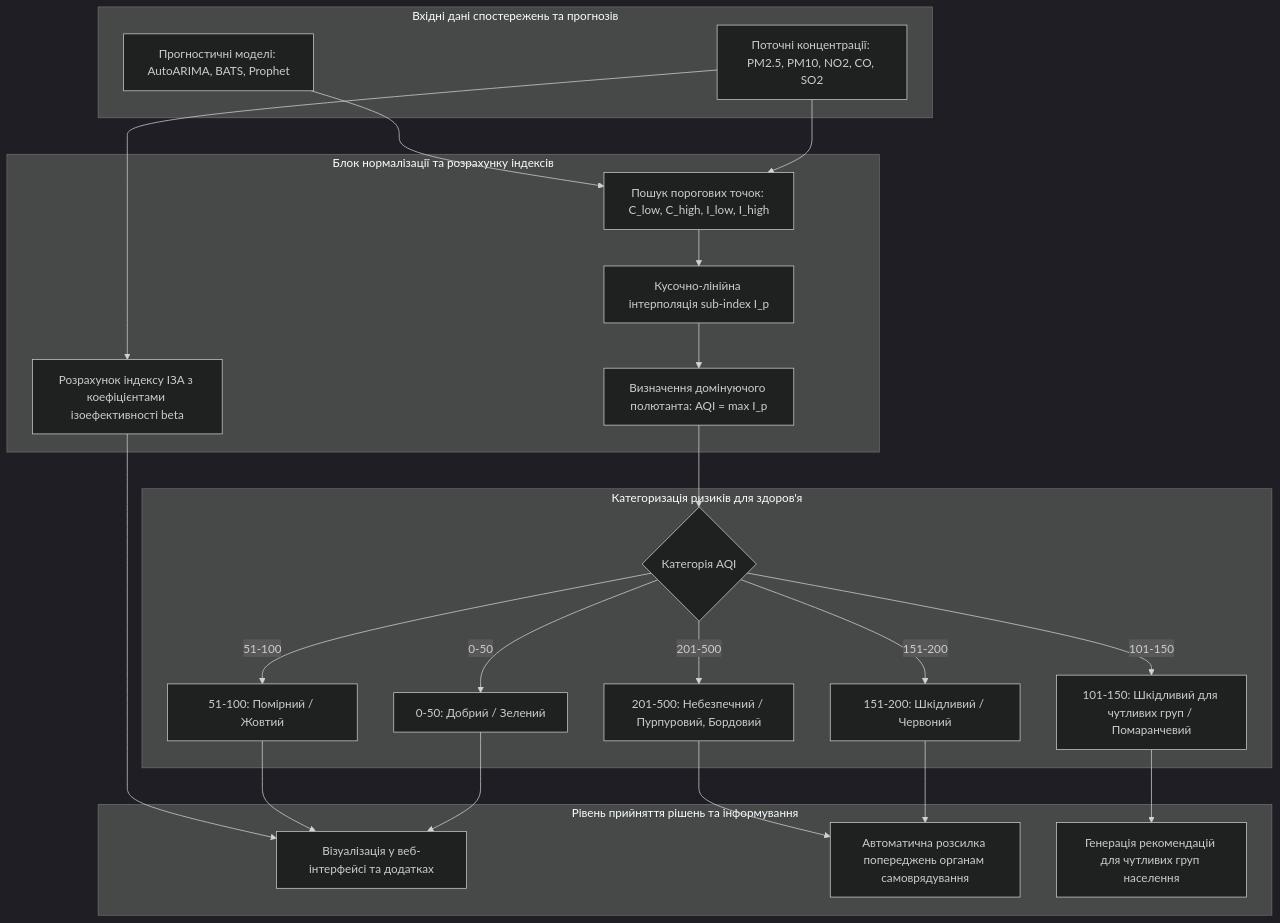
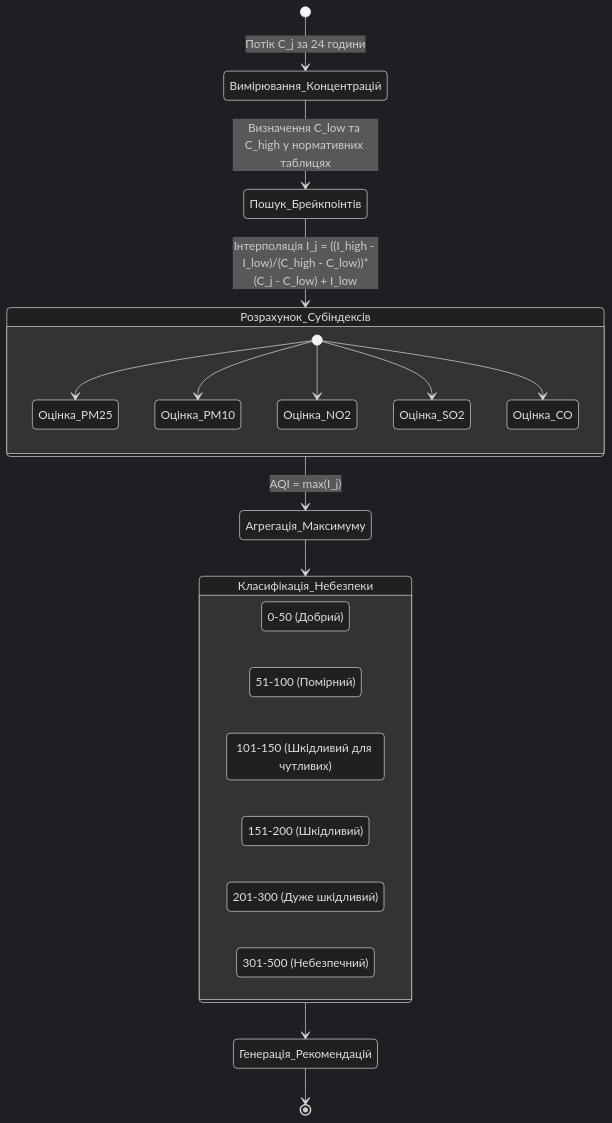
Before and after one commit to KyryloVadurin/eco-systems-analytics: the second of 4 diagrams in docs/lk/lk9.md, drawn with Mermaid (dark theme). The commit also changed other lines of this file and 9 other files, not shown here.

````diff
--- a/docs/lk/lk9.md
+++ b/docs/lk/lk9.md
@@ -102,49 +91,30 @@
 ```mermaid
-flowchart TD
-    subgraph Input_Telemetry [Вхідні дані спостережень та прогнозів]
-        Sensors_Raw[Поточні концентрації: PM2.5, PM10, NO2, CO, SO2]
-        TimeSeries_Forecast[Прогностичні моделі: AutoARIMA, BATS, Prophet]
-    end
-
-    subgraph Normalization_and_Indexing [Блок нормалізації та розрахунку індексів]
-        Breakpoints_Lookup[Пошук порогових точок: C_low, C_high, I_low, I_high]
-        AQI_Sub_Calc[Кусочно-лінійна інтерполяція sub-index I_p]
-        AQI_Max[Визначення домінуючого полютанта: AQI = max I_p]
-        IZA_Calc[Розрахунок індексу ІЗА з коефіцієнтами ізоефективності beta]
-    end
-
-    subgraph Risk_Categorization [Категоризація ризиків для здоров'я]
-        AQI_Scale{Категорія AQI}
-        Cat_Good[0-50: Добрий / Зелений]
-        Cat_Mod[51-100: Помірний / Жовтий]
-        Cat_Sens[101-150: Шкідливий для чутливих груп / Помаранчевий]
-        Cat_Unhealthy[151-200: Шкідливий / Червоний]
-        Cat_Hazardous[201-500: Небезпечний / Пурпуровий, Бордовий]
-    end
-
-    subgraph Output_Actions [Рівень прийняття рішень та інформування]
-        Dashboard_Render[Візуалізація у веб-інтерфейсі та додатках]
-        Alert_System[Автоматична розсилка попереджень органам самоврядування]
-        Medical_Recs[Генерація рекомендацій для чутливих груп населення]
-    end
-
-    Sensors_Raw --> Breakpoints_Lookup
-    TimeSeries_Forecast --> Breakpoints_Lookup
-    Breakpoints_Lookup --> AQI_Sub_Calc
-    AQI_Sub_Calc --> AQI_Max
-    Sensors_Raw --> IZA_Calc
-    AQI_Max --> AQI_Scale
+stateDiagram-v2
+    [*] --> Вимірювання_Концентрацій: Потік C_j за 24 години
+    Вимірювання_Концентрацій --> Пошук_Брейкпоінтів: Визначення C_low та C_high у нормативних таблицях
+    Пошук_Брейкпоінтів --> Розрахунок_Субіндексів: Інтерполяція I_j = ((I_high - I_low)/(C_high - C_low))*(C_j - C_low) + I_low
     
-    AQI_Scale -->|0-50| Cat_Good
-    AQI_Scale -->|51-100| Cat_Mod
-    AQI_Scale -->|101-150| Cat_Sens
-    AQI_Scale -->|151-200| Cat_Unhealthy
-    AQI_Scale -->|201-500| Cat_Hazardous
-
-    Cat_Good --> Dashboard_Render
-    Cat_Mod --> Dashboard_Render
-    Cat_Sens --> Medical_Recs
-    Cat_Unhealthy --> Alert_System
-    Cat_Hazardous --> Alert_System
-    IZA_Calc --> Dashboard_Render
+    state Розрахунок_Субіндексів {
+        [*] --> Оцінка_PM25
+        [*] --> Оцінка_PM10
+        [*] --> Оцінка_NO2
+        [*] --> Оцінка_SO2
+        [*] --> Оцінка_CO
+    }
+    
+    Розрахунок_Субіндексів --> Агрегація_Максимуму: AQI = max(I_j)
+    
+    state Класифікація_Небезпеки {
+        direction LR
+        Зелений: 0-50 (Добрий)
+        Жовтий: 51-100 (Помірний)
+        Помаранчевий: 101-150 (Шкідливий для чутливих)
+        Червоний: 151-200 (Шкідливий)
+        Фіолетовий: 201-300 (Дуже шкідливий)
+        Бордовий: 301-500 (Небезпечний)
+    }
+    
+    Агрегація_Максимуму --> Класифікація_Небезпеки
+    Класифікація_Небезпеки --> Генерація_Рекомендацій
+    Генерація_Рекомендацій --> [*]
 ```
````
